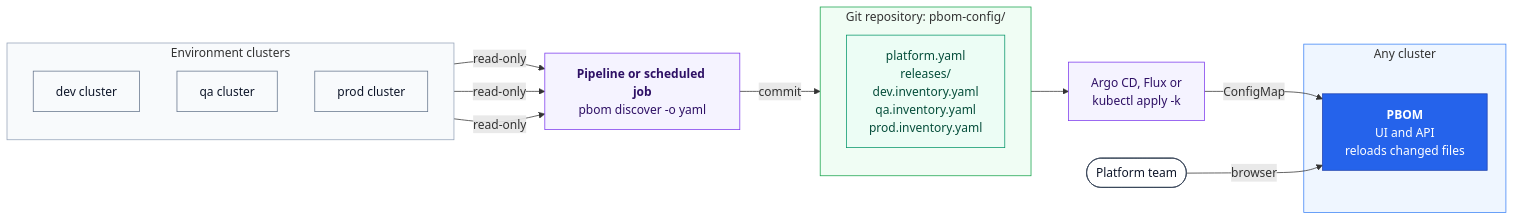
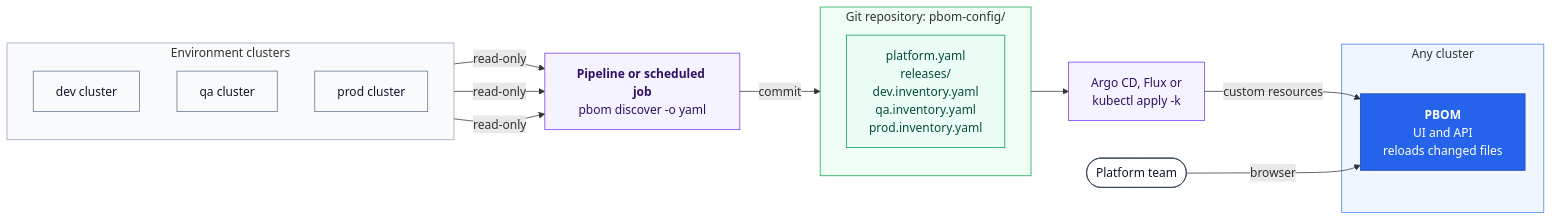
One commit to ravibagri5/platform-bom changed the fourth of 5 diagrams in docs/multi-cluster.md. Above: the diagram before and after it, drawn with Mermaid. The commit also changed other lines of this file and 52 other files, not shown here.

First line of the commit message:
feat!: platform resources as Kubernetes custom resources; prepare v1.0.0 (#59)

````diff
--- a/docs/multi-cluster.md
+++ b/docs/multi-cluster.md
@@ -177,41 +177,41 @@
 ```mermaid
 flowchart LR
     subgraph clusters["Environment clusters"]
         direction TB
         dev["dev cluster"]:::api
         qa["qa cluster"]:::api
         prod["prod cluster"]:::api
     end
 
     job["<b>Pipeline or scheduled job</b><br/>pbom discover -o yaml"]:::job
 
     subgraph git["Git repository: pbom-config/"]
         direction TB
         files["platform.yaml<br/>releases/<br/>dev.inventory.yaml<br/>qa.inventory.yaml<br/>prod.inventory.yaml"]:::config
     end
 
     cd["Argo CD, Flux or<br/>kubectl apply -k"]:::job
 
     subgraph host["Any cluster"]
         pbom["<b>PBOM</b><br/>UI and API<br/>reloads changed files"]:::pbom
     end
 
     user(["Platform team"]):::person
 
     dev -- "read-only" --> job
     qa -- "read-only" --> job
     prod -- "read-only" --> job
     job -- "commit" --> files
     files --> cd
-    cd -- "ConfigMap" --> pbom
+    cd -- "custom resources" --> pbom
     user -- "browser" --> pbom
 
     classDef person fill:#ffffff,stroke:#334155,color:#0f172a
     classDef pbom fill:#2563eb,stroke:#1e40af,color:#ffffff
     classDef config fill:#ecfdf5,stroke:#059669,color:#064e3b
     classDef job fill:#f5f3ff,stroke:#7c3aed,color:#2e1065
     classDef api fill:#f8fafc,stroke:#64748b,color:#0f172a
     style clusters fill:#f8fafc,stroke:#94a3b8
     style git fill:#f0fdf4,stroke:#16a34a
     style host fill:#eff6ff,stroke:#3b82f6
 ```
````
